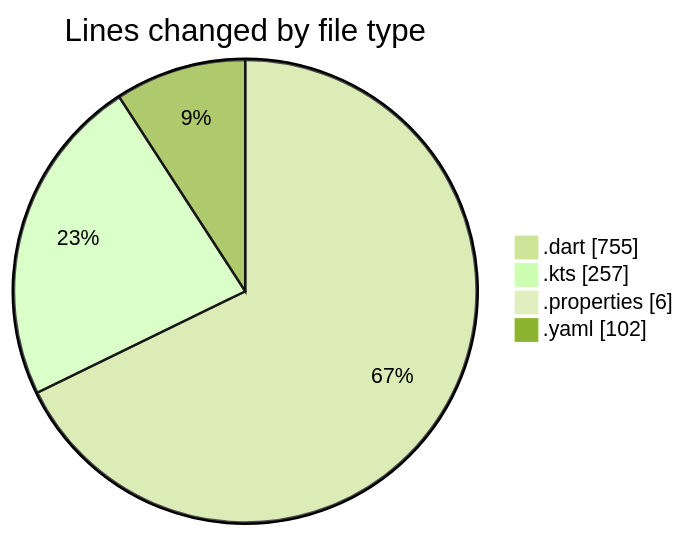
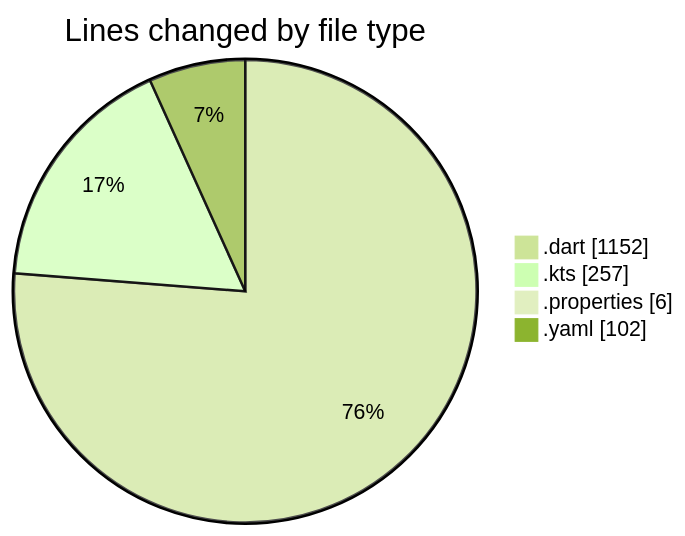
The first of 2 diagrams in 2025-02-24/drivers_app/README.md (donsfak/code-tracking), drawn with Mermaid (forest theme) before and after one commit. The commit also changed other lines of this file and 1 other file, not shown here.

````diff
--- a/2025-02-24/drivers_app/README.md
+++ b/2025-02-24/drivers_app/README.md
@@ -27,8 +27,8 @@
 ```mermaid
 pie showData
 title Lines changed by file type
-".dart" : 755
+".dart" : 1152
 ".kts" : 257
 ".properties" : 6
 ".yaml" : 102
 ```
````
